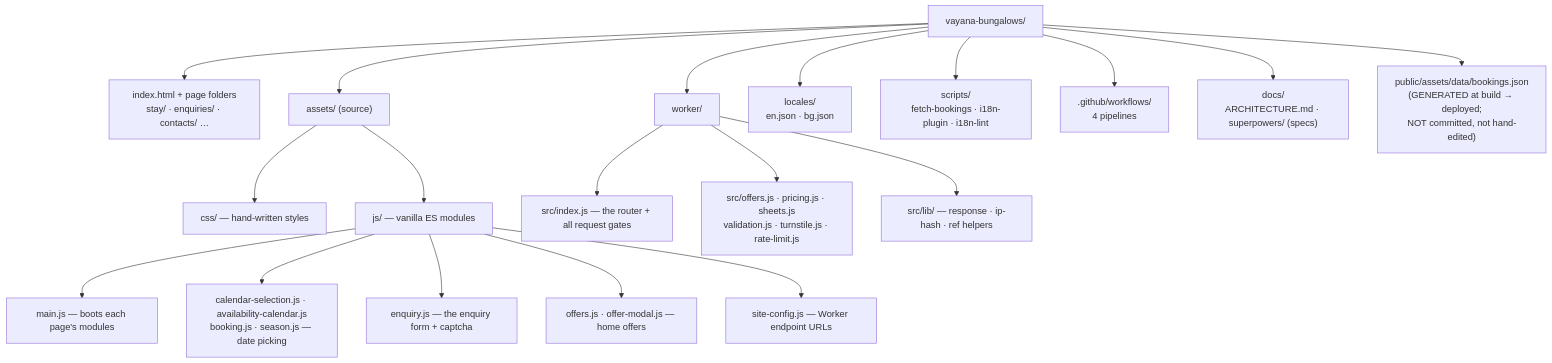
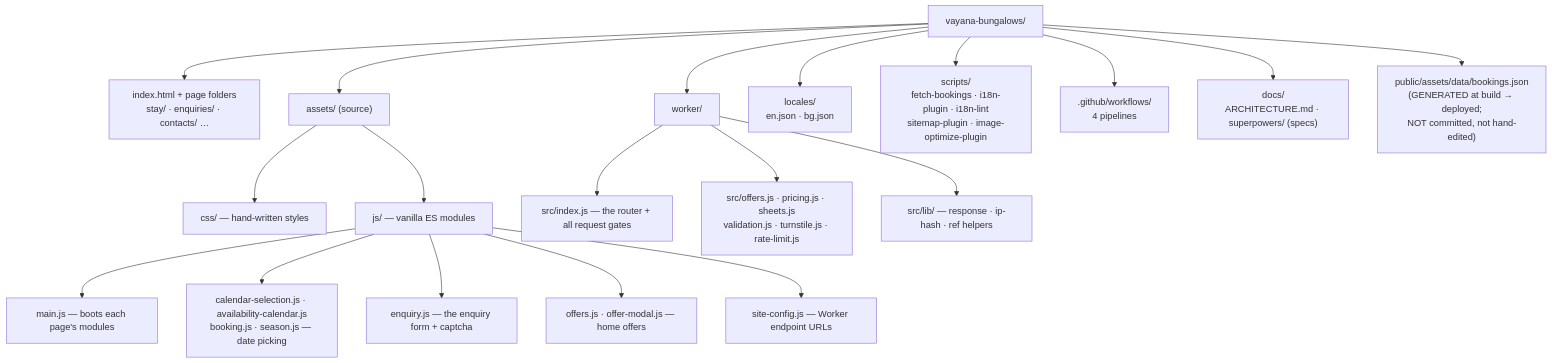
One commit to NoobCoder1209/vayana-bungalows changed the second of 9 diagrams in docs/ARCHITECTURE.md. Above: the diagram before and after it, drawn with Mermaid. The commit also changed other lines of this file and 8 other files, not shown here.

````diff
--- a/docs/ARCHITECTURE.md
+++ b/docs/ARCHITECTURE.md
@@ -52,27 +52,27 @@
 ```mermaid
 flowchart TD
     Root["vayana-bungalows/"]
 
     Root --> Pages["index.html + page folders<br/>stay/ · enquiries/ · contacts/ …"]
     Root --> Assets["assets/ (source)"]
     Root --> Worker["worker/"]
     Root --> Locales["locales/<br/>en.json · bg.json"]
-    Root --> Scripts["scripts/<br/>fetch-bookings · i18n-plugin · i18n-lint"]
+    Root --> Scripts["scripts/<br/>fetch-bookings · i18n-plugin · i18n-lint<br/>sitemap-plugin · image-optimize-plugin"]
     Root --> WF[".github/workflows/<br/>4 pipelines"]
     Root --> Docs["docs/<br/>ARCHITECTURE.md · superpowers/ (specs)"]
 
 
     Assets --> CSS["css/ — hand-written styles"]
     Assets --> JS["js/ — vanilla ES modules"]
     Root --> Public["public/assets/data/bookings.json<br/>(GENERATED at build → deployed;<br/>NOT committed, not hand-edited)"]
 
     JS --> JScore["main.js — boots each page's modules"]
     JS --> JSbook["calendar-selection.js · availability-calendar.js<br/>booking.js · season.js — date picking"]
     JS --> JSenq["enquiry.js — the enquiry form + captcha"]
     JS --> JSoffer["offers.js · offer-modal.js — home offers"]
     JS --> JScfg["site-config.js — Worker endpoint URLs"]
 
     Worker --> Widx["src/index.js — the router + all request gates"]
     Worker --> Wmod["src/offers.js · pricing.js · sheets.js<br/>validation.js · turnstile.js · rate-limit.js"]
     Worker --> Wlib["src/lib/ — response · ip-hash · ref helpers"]
 ```
````
